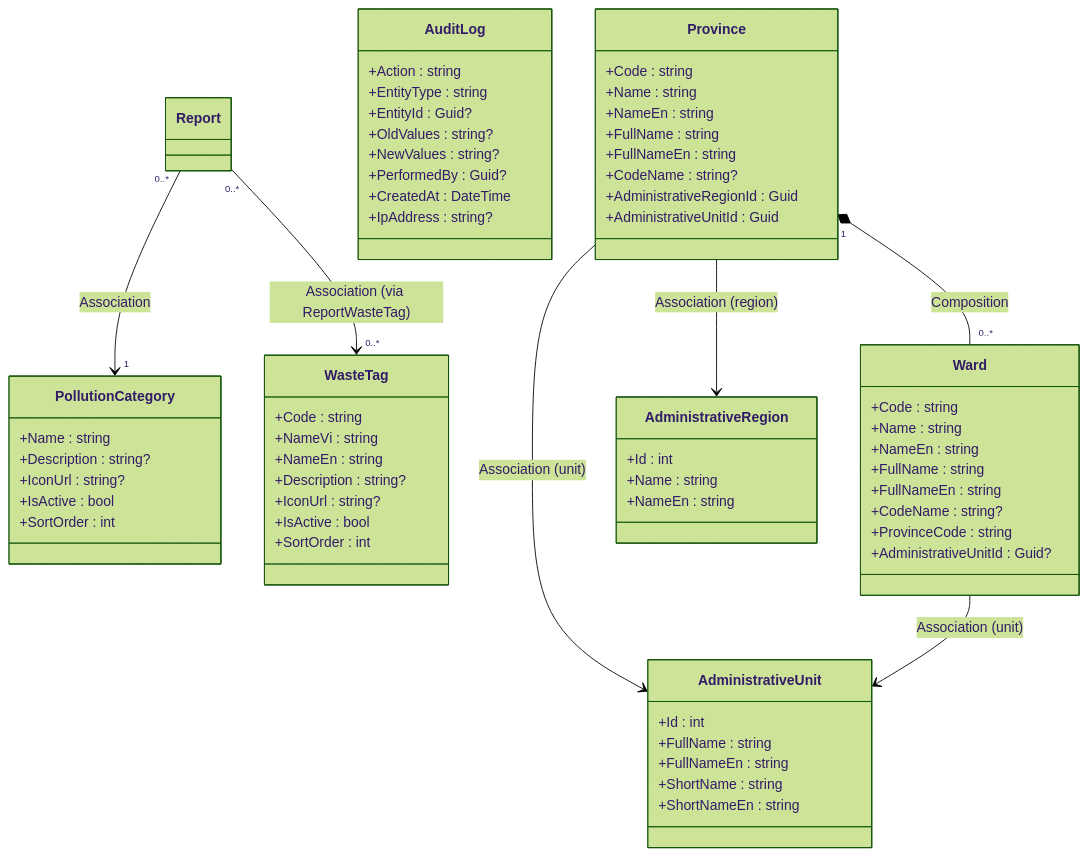
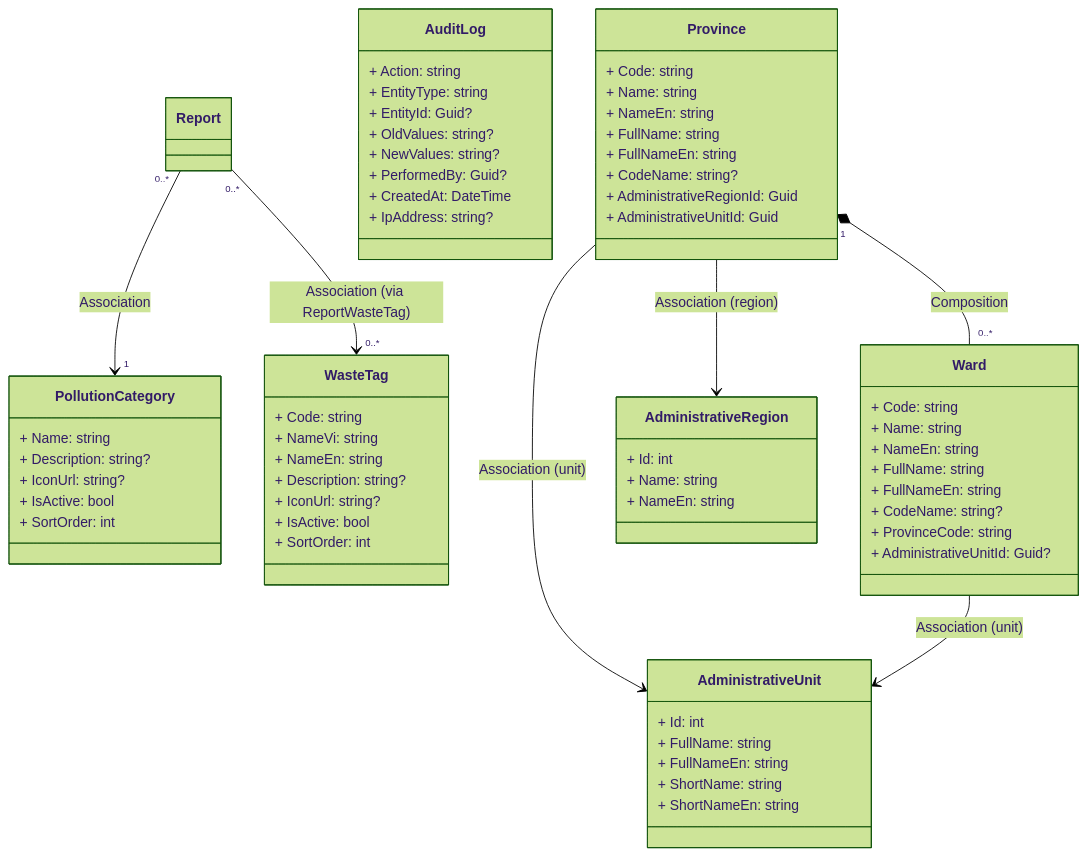
Before and after one commit to Capstonne-Project/greenlens-service: diagram 13 of 14 in docs/BusinessRule/CLASS_DIAGRAMS.md, drawn with Mermaid (forest theme). The commit also changed other lines of this file, not shown here.

Commit message:
chore(docs): class diagram md enhance format

````diff
--- a/docs/BusinessRule/CLASS_DIAGRAMS.md
+++ b/docs/BusinessRule/CLASS_DIAGRAMS.md
@@ -1059,76 +1059,76 @@
 ```mermaid
 classDiagram
     class PollutionCategory {
-        +Name : string
-        +Description : string?
-        +IconUrl : string?
-        +IsActive : bool
-        +SortOrder : int
+        + Name: string
+        + Description: string?
+        + IconUrl: string?
+        + IsActive: bool
+        + SortOrder: int
     }
 
     class WasteTag {
-        +Code : string
-        +NameVi : string
-        +NameEn : string
-        +Description : string?
-        +IconUrl : string?
-        +IsActive : bool
-        +SortOrder : int
+        + Code: string
+        + NameVi: string
+        + NameEn: string
+        + Description: string?
+        + IconUrl: string?
+        + IsActive: bool
+        + SortOrder: int
     }
 
     class Province {
-        +Code : string
-        +Name : string
-        +NameEn : string
-        +FullName : string
-        +FullNameEn : string
-        +CodeName : string?
-        +AdministrativeRegionId : Guid
-        +AdministrativeUnitId : Guid
+        + Code: string
+        + Name: string
+        + NameEn: string
+        + FullName: string
+        + FullNameEn: string
+        + CodeName: string?
+        + AdministrativeRegionId: Guid
+        + AdministrativeUnitId: Guid
     }
 
     class Ward {
-        +Code : string
-        +Name : string
-        +NameEn : string
-        +FullName : string
-        +FullNameEn : string
-        +CodeName : string?
-        +ProvinceCode : string
-        +AdministrativeUnitId : Guid?
+        + Code: string
+        + Name: string
+        + NameEn: string
+        + FullName: string
+        + FullNameEn: string
+        + CodeName: string?
+        + ProvinceCode: string
+        + AdministrativeUnitId: Guid?
     }
 
     class AdministrativeRegion {
-        +Id : int
-        +Name : string
-        +NameEn : string
+        + Id: int
+        + Name: string
+        + NameEn: string
     }
 
     class AdministrativeUnit {
-        +Id : int
-        +FullName : string
-        +FullNameEn : string
-        +ShortName : string
-        +ShortNameEn : string
+        + Id: int
+        + FullName: string
+        + FullNameEn: string
+        + ShortName: string
+        + ShortNameEn: string
     }
 
     class AuditLog {
-        +Action : string
-        +EntityType : string
-        +EntityId : Guid?
-        +OldValues : string?
-        +NewValues : string?
-        +PerformedBy : Guid?
-        +CreatedAt : DateTime
-        +IpAddress : string?
+        + Action: string
+        + EntityType: string
+        + EntityId: Guid?
+        + OldValues: string?
+        + NewValues: string?
+        + PerformedBy: Guid?
+        + CreatedAt: DateTime
+        + IpAddress: string?
     }
 
     Province "1" *-- "0..*" Ward : Composition
 
     Province --> AdministrativeRegion : Association (region)
     Province --> AdministrativeUnit : Association (unit)
     Ward --> AdministrativeUnit : Association (unit)
 
     Report "0..*" --> "1" PollutionCategory : Association
     Report "0..*" --> "0..*" WasteTag : Association (via ReportWasteTag)
 ```
````
